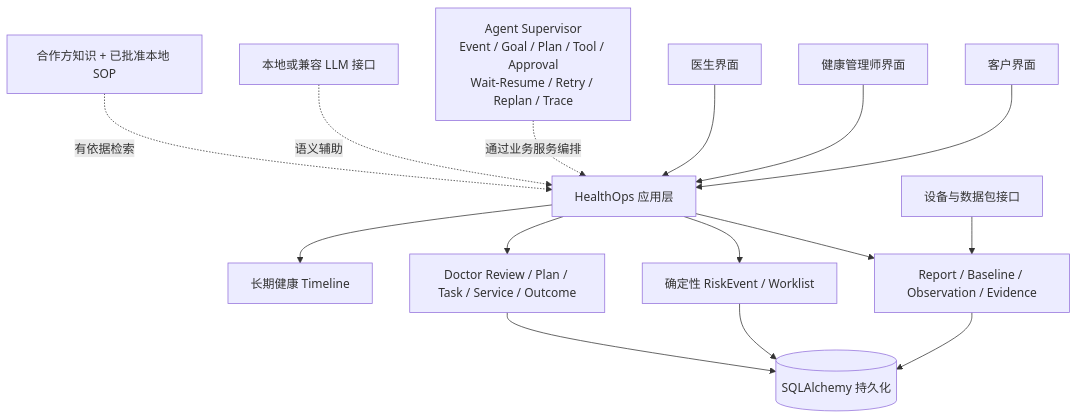
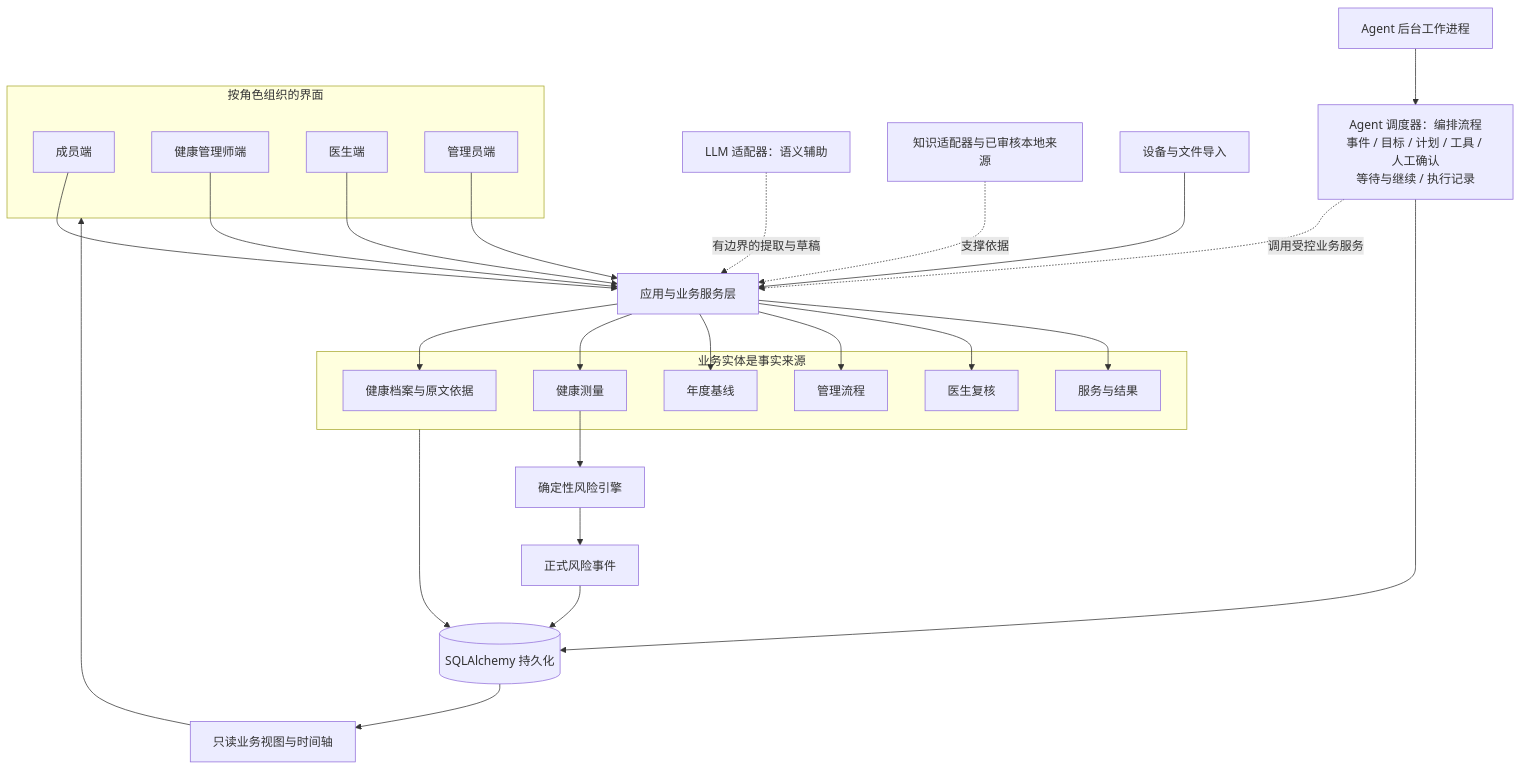
The third of 3 diagrams in README_zh.md (KaedeharaT/executive-healthops), drawn with Mermaid before and after one commit. The commit also changed other lines of this file and 10 other files, not shown here.

Commit message:
docs: refresh HealthOps portfolio for current agent workflows

````diff
--- a/README_zh.md
+++ b/README_zh.md
@@ -170,21 +178,39 @@
 ```mermaid
 flowchart TB
-    M[客户界面] --> A[HealthOps 应用层]
-    H[健康管理师界面] --> A
-    D[医生界面] --> A
-
-    A --> C[Report / Baseline / Observation / Evidence]
-    A --> R[确定性 RiskEvent / Worklist]
-    A --> W[Doctor Review / Plan / Task / Service / Outcome]
-    A --> T[长期健康 Timeline]
-
-    S[Agent Supervisor<br/>Event / Goal / Plan / Tool / Approval<br/>Wait-Resume / Retry / Replan / Trace] -.通过业务服务编排.-> A
-
-    C --> DB[(SQLAlchemy 持久化)]
-    R --> DB
-    W --> DB
-
-    AI[本地或兼容 LLM 接口] -.语义辅助.-> A
-    K[合作方知识 + 已批准本地 SOP] -.有依据检索.-> A
-    V[设备与数据包接口] --> C
+    subgraph UI[按角色组织的界面]
+        MU[成员端]
+        HU[健康管理师端]
+        DU[医生端]
+        AU[管理员端]
+    end
+    MU --> APP[应用与业务服务层]
+    HU --> APP
+    DU --> APP
+    AU --> APP
+    subgraph DOMAIN[业务实体是事实来源]
+        HR[健康档案与原文依据]
+        OB[健康测量]
+        BA[年度基线]
+        MW[管理流程]
+        DR[医生复核]
+        SV[服务与结果]
+    end
+    APP --> HR
+    APP --> OB
+    APP --> BA
+    APP --> MW
+    APP --> DR
+    APP --> SV
+    DOMAIN --> DB[(SQLAlchemy 持久化)]
+    DB --> PV[只读业务视图与时间轴]
+    PV --> UI
+    AS[Agent 调度器：编排流程<br/>事件 / 目标 / 计划 / 工具 / 人工确认<br/>等待与继续 / 执行记录] -. 调用受控业务服务 .-> APP
+    AS --> DB
+    WK[Agent 后台工作进程] --> AS
+    LLM[LLM 适配器：语义辅助] -. 有边界的提取与草稿 .-> APP
+    KN[知识适配器与已审核本地来源] -. 支撑依据 .-> APP
+    IN[设备与文件导入] --> APP
+    OB --> RE[确定性风险引擎]
+    RE --> RF[正式风险事件]
+    RF --> DB
 ```
````
